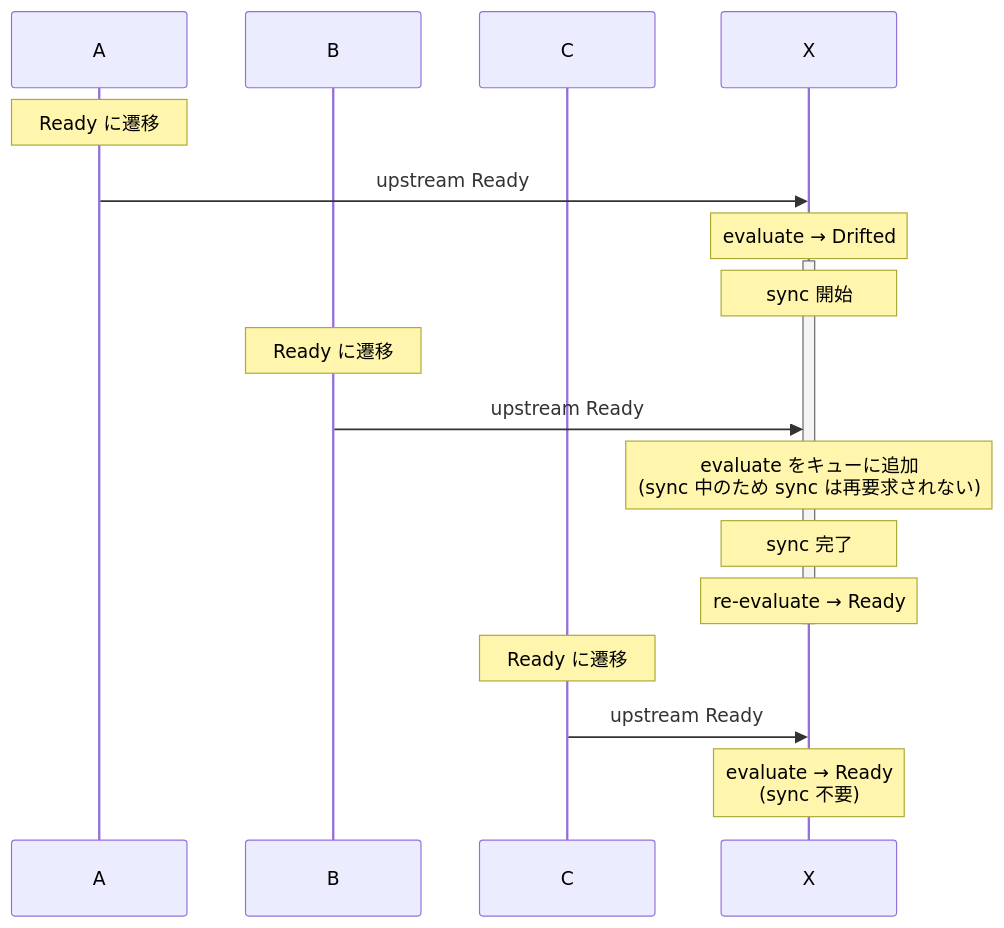
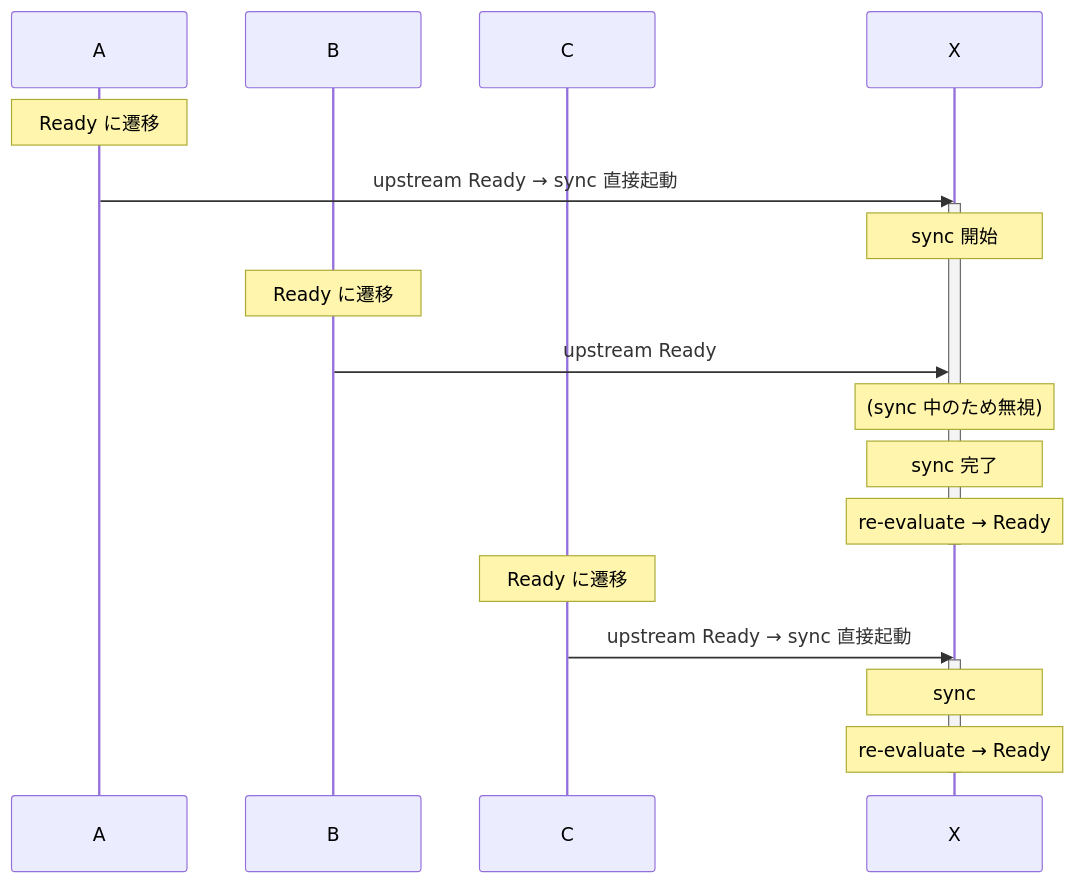
Before and after one commit to nagi-project/nagi: the fourth of 13 diagrams in docs/architecture/serve-scenarios.md, drawn with Mermaid. The commit also changed other lines of this file and 19 other files, not shown here.

First line of the commit message:
feat: add evaluate/sync concurrency limits per Controller

````diff
--- a/docs/architecture/serve-scenarios.md
+++ b/docs/architecture/serve-scenarios.md
@@ -56,25 +55,27 @@
 ```mermaid
 sequenceDiagram
     participant A
     participant B
     participant C
     participant X
 
     Note over A: Ready に遷移
-    A->>X: upstream Ready
-    Note over X: evaluate → Drifted
+    A->>X: upstream Ready → sync 直接起動
     activate X
     Note over X: sync 開始
 
     Note over B: Ready に遷移
     B->>X: upstream Ready
-    Note over X: evaluate をキューに追加<br>(sync 中のため sync は再要求されない)
+    Note over X: (sync 中のため無視)
 
     Note over X: sync 完了
     Note over X: re-evaluate → Ready
     deactivate X
 
     Note over C: Ready に遷移
-    C->>X: upstream Ready
-    Note over X: evaluate → Ready<br>(sync 不要)
+    C->>X: upstream Ready → sync 直接起動
+    activate X
+    Note over X: sync
+    Note over X: re-evaluate → Ready
+    deactivate X
 ```
````
